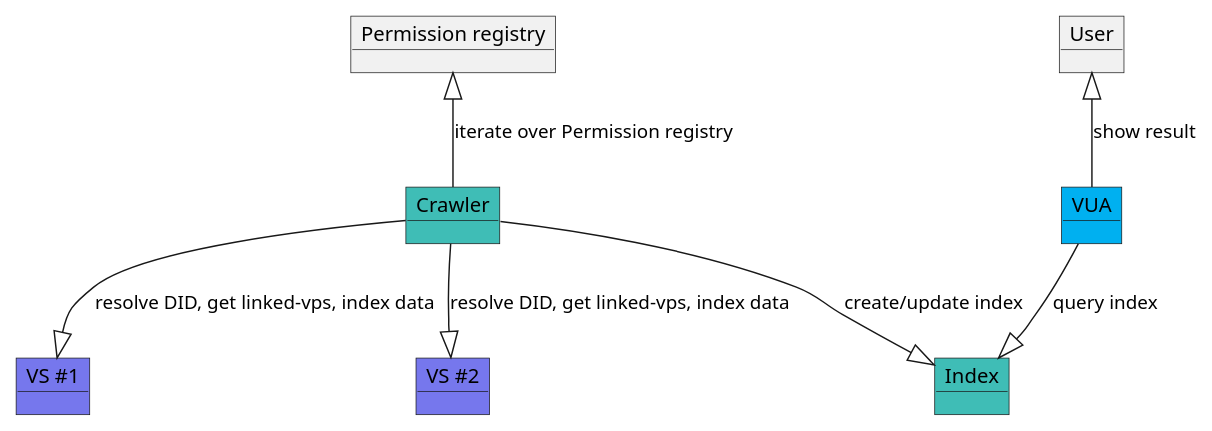
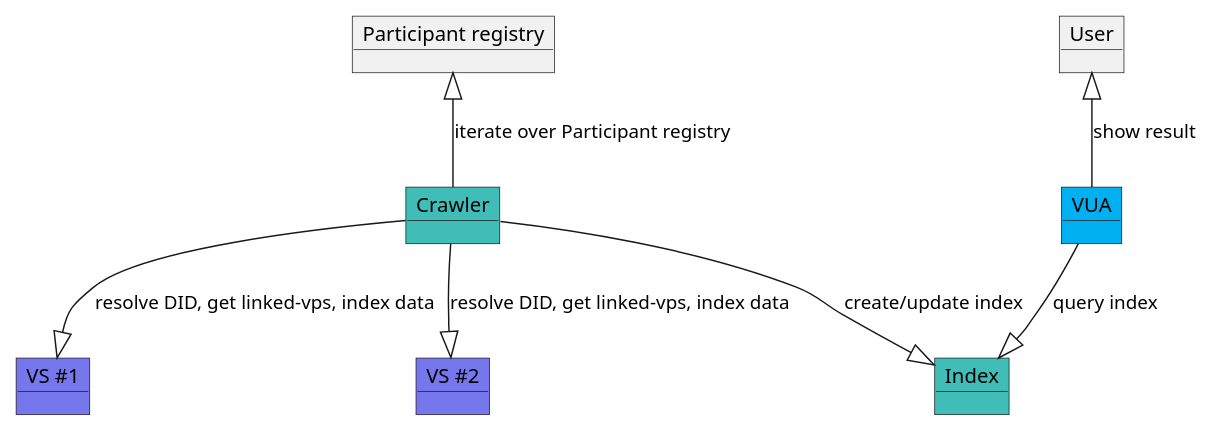
The fifth of 20 diagrams in spec.md (verana-labs/verifiable-trust-vpr-spec), drawn with PlantUML before and after one commit. The commit also changed other lines of this file, not shown here.

First line of the commit message:
refactor(spec): rename Permission entities and TrustRegistry to Ecosystem

````diff
--- a/spec.md
+++ b/spec.md
@@ -490,20 +490,20 @@
 ```plantuml
 
 @startuml
 scale max 800 width
-object "Permission registry" as didd
+object "Participant registry" as didd
 object "Crawler" as crawler #3fbdb6
 object "Index" as index #3fbdb6
 object "VS #1" as dts1 #7677ed
 object "VS #2" as dts2 #7677ed
 object "VUA" as browser #00b0f0
 object "User" as user
-didd <|-- crawler : iterate over Permission registry
+didd <|-- crawler : iterate over Participant registry
 crawler --|> dts1 : resolve DID, get linked-vps, index data
 crawler --|> dts2 : resolve DID, get linked-vps, index data
 browser --|> index: query index
 crawler --|> index: create/update index 
 user <|-- browser : show result
 @enduml
 
 ```
````
